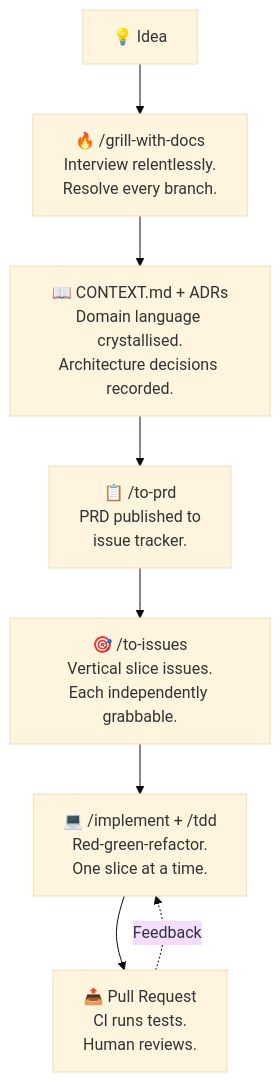
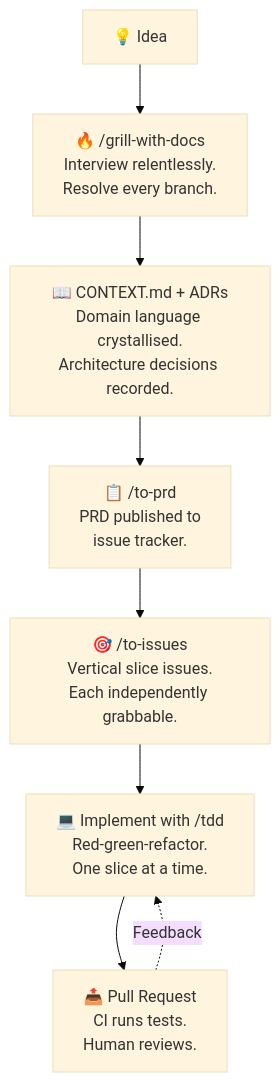
One commit to salvatorebottiglieri/coding_with_ai changed the third of 6 diagrams in 002_top_down_planning/slides.md. Above: the diagram before and after it, drawn with Mermaid (base theme). The commit also changed other lines of this file, not shown here.

Commit message:
fix: remove references to non-existent /implement skill, use /tdd instead

````diff
--- a/002_top_down_planning/slides.md
+++ b/002_top_down_planning/slides.md
@@ -958,10 +958,10 @@
 ```mermaid {scale: 0.48}
 graph TD
     START["💡 Idea"] --> GRILL["🔥 /grill-with-docs<br/>Interview relentlessly.<br/>Resolve every branch."]
     GRILL --> DOCS["📖 CONTEXT.md + ADRs<br/>Domain language crystallised.<br/>Architecture decisions recorded."]
     DOCS --> PRD["📋 /to-prd<br/>PRD published to<br/>issue tracker."]
     PRD --> ISSUES["🎯 /to-issues<br/>Vertical slice issues.<br/>Each independently grabbable."]
-    ISSUES --> IMPL["💻 /implement + /tdd<br/>Red-green-refactor.<br/>One slice at a time."]
+    ISSUES --> IMPL["💻 Implement with /tdd<br/>Red-green-refactor.<br/>One slice at a time."]
     IMPL --> PR["📤 Pull Request<br/>CI runs tests.<br/>Human reviews."]
     PR -.->|"Feedback"| IMPL
 ```
````
